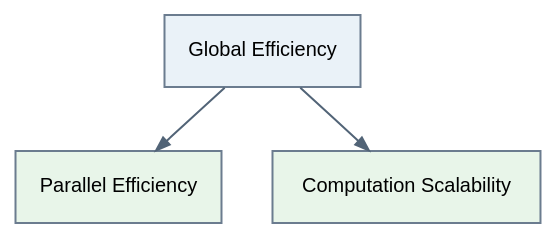
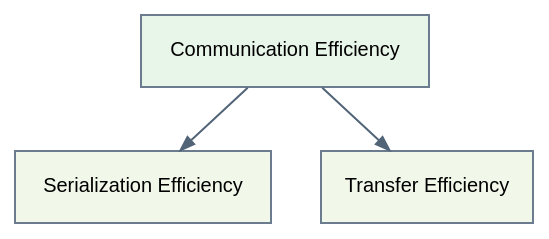
One commit to bsc-performance-tools/basicanalysis changed the second of 12 diagrams in doc/source/05_methodology.rst. Above: the diagram before and after it, drawn with Graphviz. The commit also changed other lines of this file and 2 other files, not shown here.

```diff
--- a/doc/source/05_methodology.rst
+++ b/doc/source/05_methodology.rst
@@ -290,45 +163,45 @@
 .. graphviz::
    :align: center
 
-   digraph EfficiencyHierarchy {
+   digraph CommunicationHierarchy {
        rankdir=TB;
 
        graph [
            bgcolor="transparent",
            nodesep=0.35,
            ranksep=0.45
        ];
 
        node [
            shape=box,
            fontname="Helvetica",
            fontsize=10,
            style="filled",
            color="#6B7C8F",
            penwidth=1.0
        ];
 
        edge [
            color="#526477",
            penwidth=1.0,
            arrowsize=0.7
        ];
 
-       global [
-           label="Global Efficiency",
-           fillcolor="#EAF2F8"
-       ];
+        comm [
+            label="Communication Efficiency",
+            fillcolor="#E8F5E9"
+        ];
 
-       parallel [
-           label="Parallel Efficiency",
-           fillcolor="#E8F5E9"
-       ];
+        serialization [
+            label="Serialization Efficiency",
+            fillcolor="#F1F8E9"
+        ];
 
-       comp [
-           label="Computation Scalability",
-           fillcolor="#E8F5E9"
-       ];
+        transfer [
+            label="Transfer Efficiency",
+            fillcolor="#F1F8E9"
+        ];
 
-       global -> parallel;
-       global -> comp;
+       comm -> serialization;
+       comm -> transfer;
    }
```
